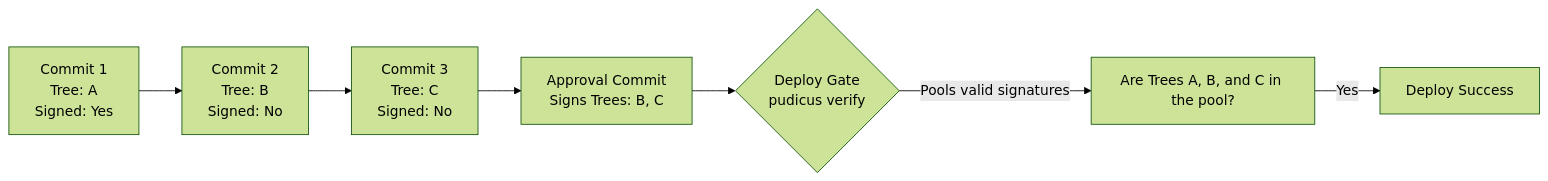
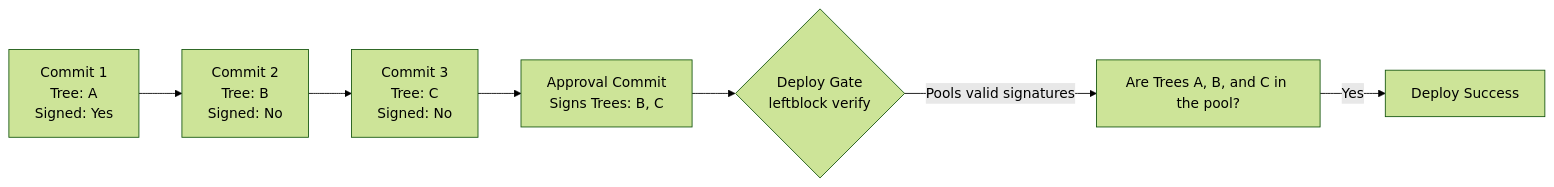
The second of 2 diagrams in README.md (AnthusAI/Pudicus), drawn with Mermaid (forest theme) before and after one commit. The commit also changed other lines of this file and 19 other files, not shown here.

````diff
--- a/README.md
+++ b/README.md
@@ -207,10 +288,10 @@
 ```mermaid
 flowchart LR
     C1["Commit 1<br/>Tree: A<br/>Signed: Yes"] --> C2["Commit 2<br/>Tree: B<br/>Signed: No"]
     C2 --> C3["Commit 3<br/>Tree: C<br/>Signed: No"]
     C3 --> AC["Approval Commit<br/>Signs Trees: B, C"]
-    
-    AC --> Gate{"Deploy Gate<br/>pudicus verify"}
+
+    AC --> Gate{"Deploy Gate<br/>leftblock verify"}
     Gate -->|Pools valid signatures| Check["Are Trees A, B, and C in the pool?"]
     Check -->|Yes| Deploy["Deploy Success"]
 ```
````
